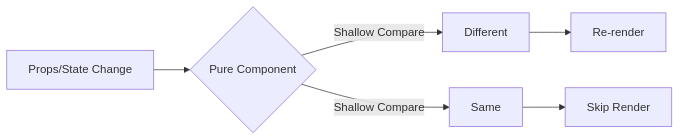
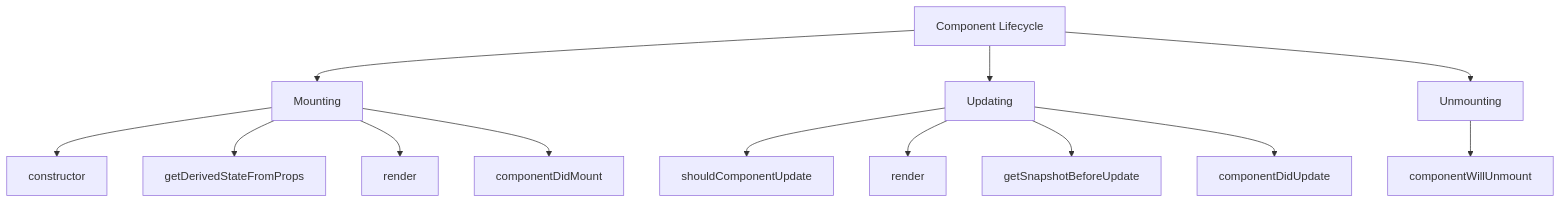
The second of 3 diagrams in apps/fe-docs/pages/interview/react/2-components-and-lifecycle.mdx (KRISACHAN/ying-web), drawn with Mermaid before and after one commit. The commit also changed other lines of this file and 12 other files, not shown here.

````diff
--- a/apps/fe-docs/pages/interview/react/2-components-and-lifecycle.mdx
+++ b/apps/fe-docs/pages/interview/react/2-components-and-lifecycle.mdx
@@ -69,8 +57,15 @@
 ```mermaid
-graph LR
-    A[Props/State Change] --> B{Pure Component}
-    B -->|Shallow Compare| C[Different]
-    B -->|Shallow Compare| D[Same]
-    C --> E[Re-render]
-    D --> F[Skip Render]
+graph TD
+    A[Component Lifecycle] --> B[Mounting]
+    A --> C[Updating]
+    A --> D[Unmounting]
+    B --> E[constructor]
+    B --> F[getDerivedStateFromProps]
+    B --> G[render]
+    B --> H[componentDidMount]
+    C --> I[shouldComponentUpdate]
+    C --> J[render]
+    C --> K[getSnapshotBeforeUpdate]
+    C --> L[componentDidUpdate]
+    D --> M[componentWillUnmount]
 ```
````
